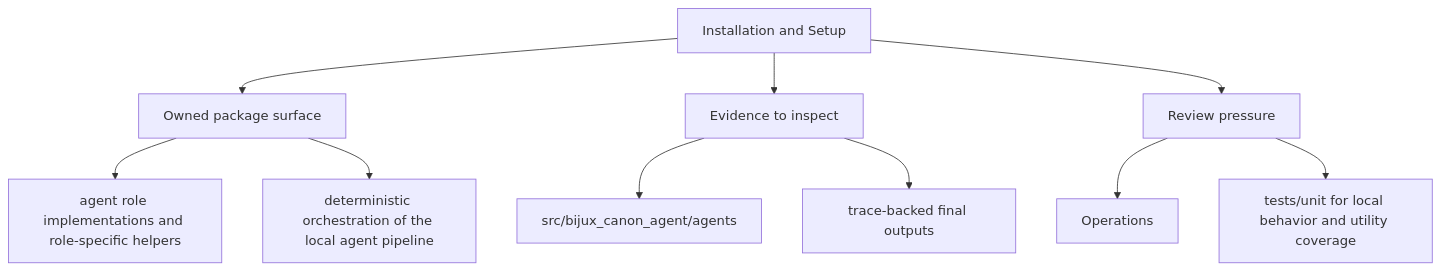
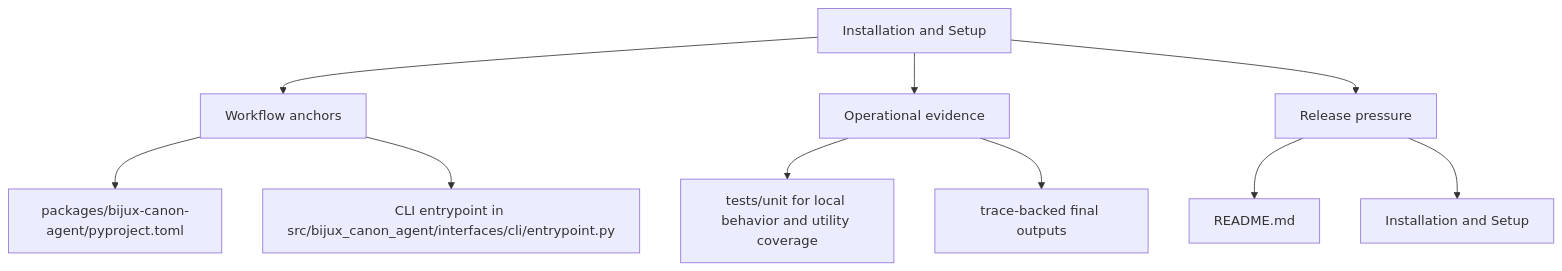
One commit to bijux/bijux-canon changed the second of 2 diagrams in docs/bijux-canon-agent/operations/installation-and-setup.md. Above: the diagram before and after it, drawn with Mermaid. The commit also changed other lines of this file and 250 other files, not shown here.

Commit message:
docs(diagrams): make product page maps more readable

````diff
--- a/docs/bijux-canon-agent/operations/installation-and-setup.md
+++ b/docs/bijux-canon-agent/operations/installation-and-setup.md
@@ -35,22 +35,22 @@
 ```mermaid
 flowchart TD
     page["Installation and Setup"]
-    focus1["Owned package surface"]
+    focus1["Workflow anchors"]
     page --> focus1
-    focus1_1["agent role implementations and role-specific helpers"]
+    focus1_1["packages/bijux-canon-agent/pyproject.toml"]
     focus1 --> focus1_1
-    focus1_2["deterministic orchestration of the local agent pipeline"]
+    focus1_2["CLI entrypoint in src/bijux_canon_agent/interfaces/cli/entrypoint.py"]
     focus1 --> focus1_2
-    focus2["Evidence to inspect"]
+    focus2["Operational evidence"]
     page --> focus2
-    focus2_1["src/bijux_canon_agent/agents"]
+    focus2_1["tests/unit for local behavior and utility coverage"]
     focus2 --> focus2_1
     focus2_2["trace-backed final outputs"]
     focus2 --> focus2_2
-    focus3["Review pressure"]
+    focus3["Release pressure"]
     page --> focus3
-    focus3_1["Operations"]
+    focus3_1["README.md"]
     focus3 --> focus3_1
-    focus3_2["tests/unit for local behavior and utility coverage"]
+    focus3_2["Installation and Setup"]
     focus3 --> focus3_2
 ```
````
